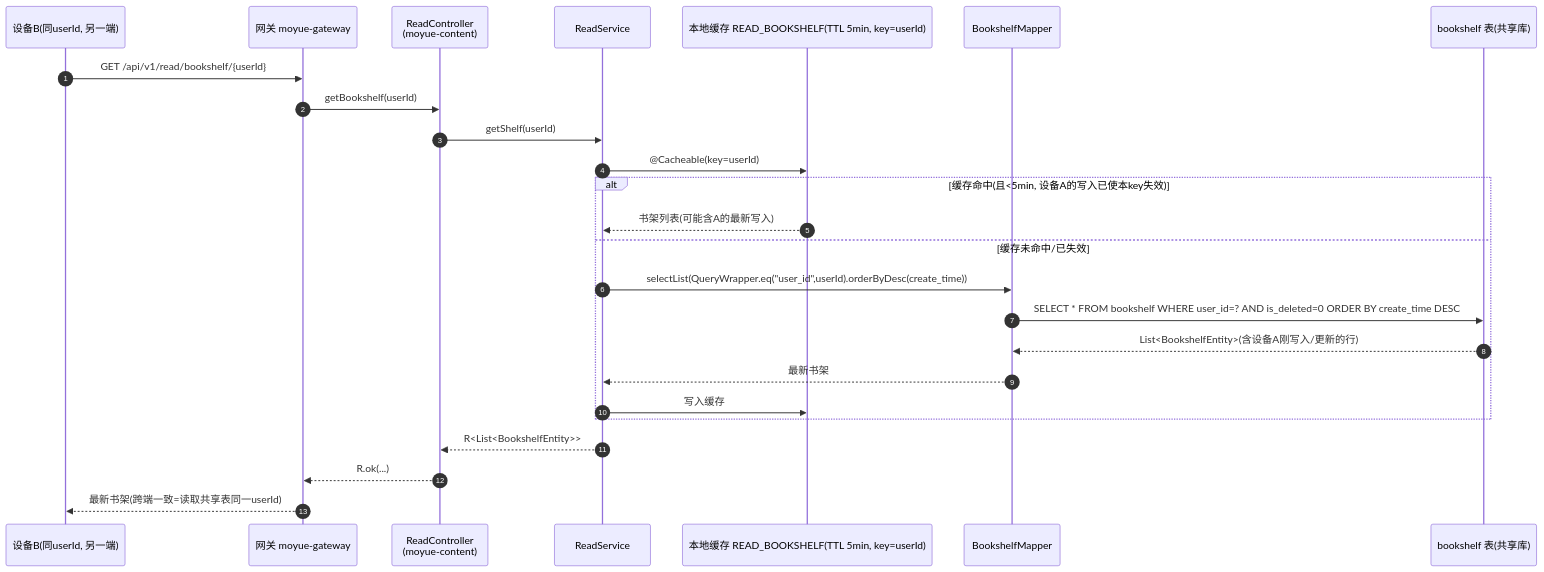
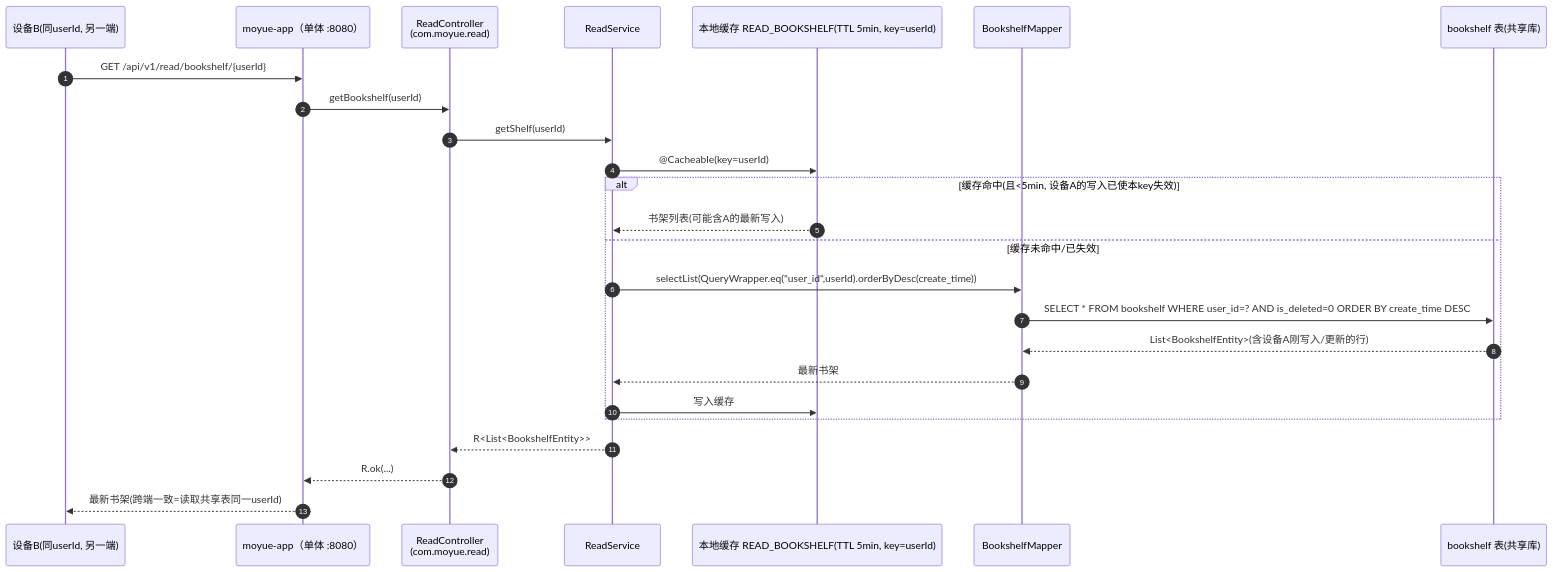
The second of 3 diagrams in docs/时序图/书架同步.md (linxi072/moyue-parent), drawn with Mermaid before and after one commit. The commit also changed other lines of this file and 10 other files, not shown here.

````diff
--- a/docs/时序图/书架同步.md
+++ b/docs/时序图/书架同步.md
@@ -46,28 +48,28 @@
 ```mermaid
 sequenceDiagram
     autonumber
     participant DBr as 设备B(同userId, 另一端)
-    participant GW as 网关 moyue-gateway
-    participant RC as ReadController<br/>(moyue-content)
+    participant GW as moyue-app（单体 :8080）
+    participant RC as ReadController<br/>(com.moyue.read)
     participant RS as ReadService
     participant CACHE as 本地缓存 READ_BOOKSHELF(TTL 5min, key=userId)
     participant BM as BookshelfMapper
     participant DB as bookshelf 表(共享库)
 
     DBr->>GW: GET /api/v1/read/bookshelf/{userId}
     GW->>RC: getBookshelf(userId)
     RC->>RS: getShelf(userId)
     RS->>CACHE: @Cacheable(key=userId)
     alt 缓存命中(且<5min, 设备A的写入已使本key失效)
         CACHE-->>RS: 书架列表(可能含A的最新写入)
     else 缓存未命中/已失效
         RS->>BM: selectList(QueryWrapper.eq("user_id",userId).orderByDesc(create_time))
         BM->>DB: SELECT * FROM bookshelf WHERE user_id=? AND is_deleted=0 ORDER BY create_time DESC
         DB-->>BM: List<BookshelfEntity>(含设备A刚写入/更新的行)
         BM-->>RS: 最新书架
         RS->>CACHE: 写入缓存
     end
     RS-->>RC: R<List<BookshelfEntity>>
     RC-->>GW: R.ok(...)
     GW-->>DBr: 最新书架(跨端一致=读取共享表同一userId)
 ```
````
